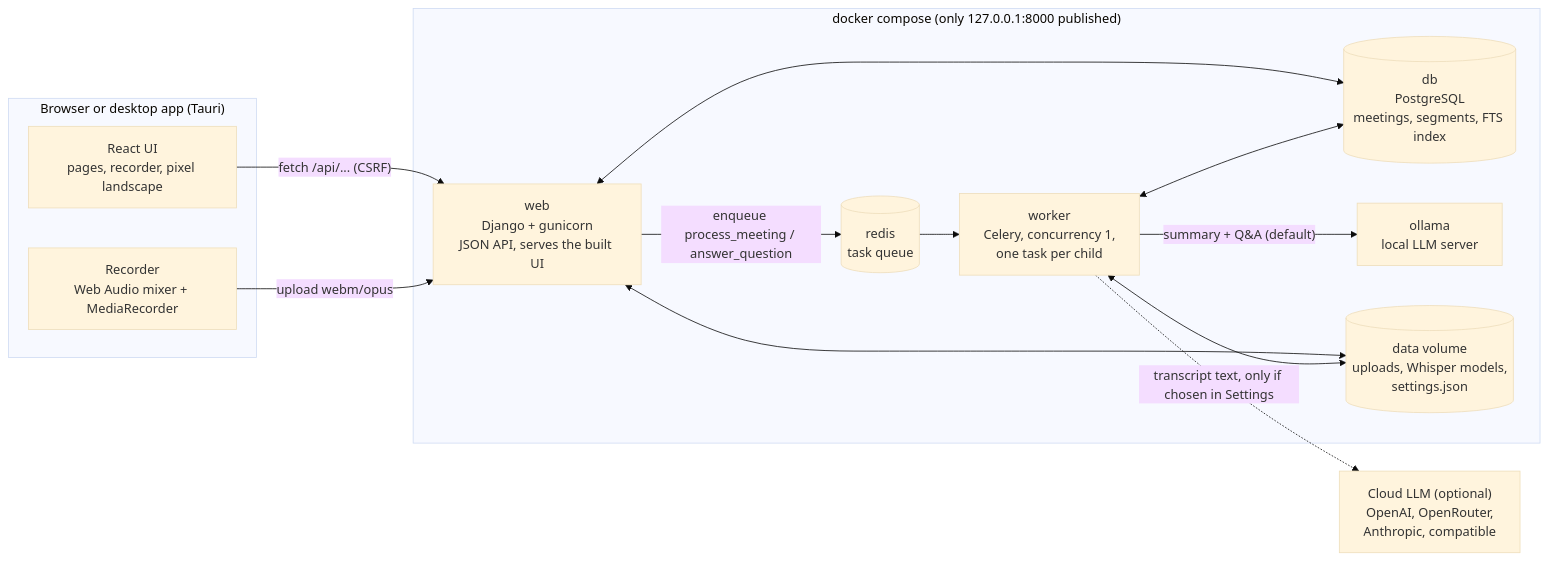
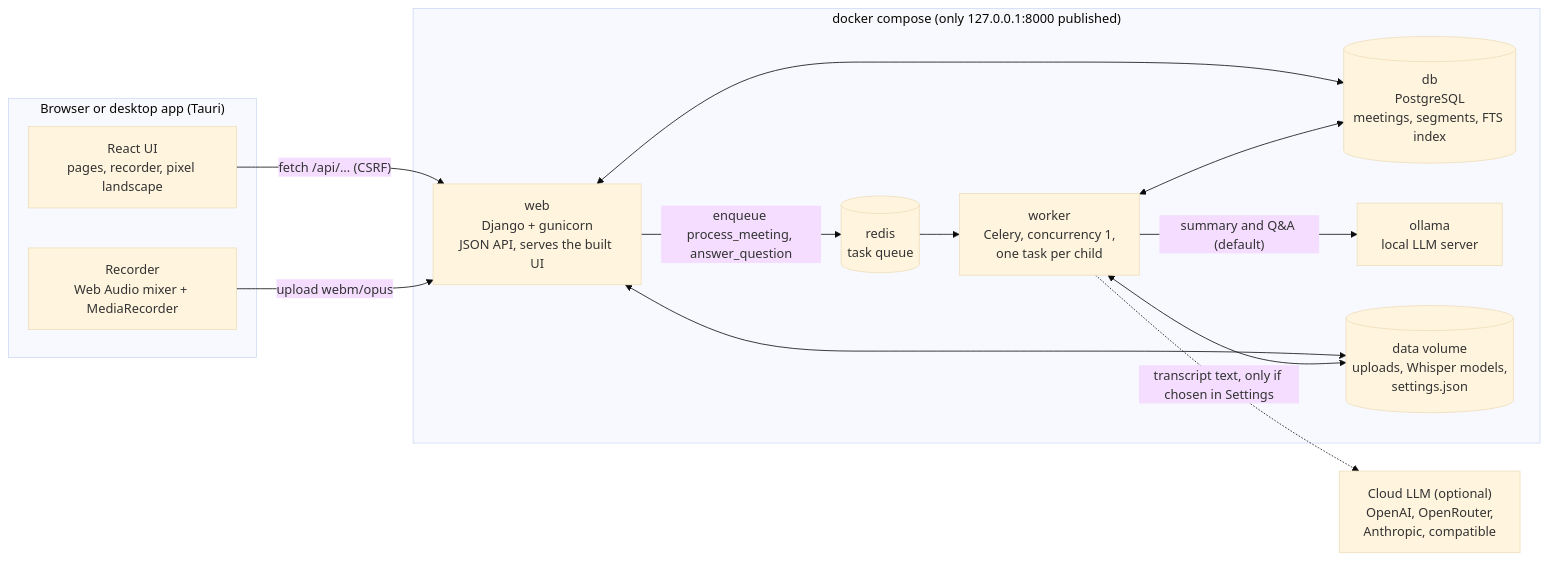
The first of 3 diagrams in docs/ARCHITECTURE.md (kashish1809/PrivMeet), drawn with Mermaid (base theme) before and after one commit. The commit also changed other lines of this file, not shown here.

````diff
--- a/docs/ARCHITECTURE.md
+++ b/docs/ARCHITECTURE.md
@@ -11,29 +11,29 @@
 ```mermaid
 flowchart LR
   subgraph Client["Browser or desktop app (Tauri)"]
     UI["React UI<br/>pages, recorder, pixel landscape"]
     REC["Recorder<br/>Web Audio mixer + MediaRecorder"]
   end
 
   subgraph Stack["docker compose (only 127.0.0.1:8000 published)"]
     WEB["web<br/>Django + gunicorn<br/>JSON API, serves the built UI"]
     WORKER["worker<br/>Celery, concurrency 1,<br/>one task per child"]
     REDIS[("redis<br/>task queue")]
     DB[("db<br/>PostgreSQL<br/>meetings, segments, FTS index")]
     OLLAMA["ollama<br/>local LLM server"]
     VOL[("data volume<br/>uploads, Whisper models,<br/>settings.json")]
   end
 
   CLOUD["Cloud LLM (optional)<br/>OpenAI, OpenRouter,<br/>Anthropic, compatible"]
 
-  UI -- "fetch /api/... (CSRF)" --> WEB
-  REC -- "upload webm/opus" --> WEB
-  WEB -- "enqueue process_meeting / answer_question" --> REDIS
+  UI -->|"fetch /api/... (CSRF)"| WEB
+  REC -->|"upload webm/opus"| WEB
+  WEB -->|"enqueue process_meeting, answer_question"| REDIS
   REDIS --> WORKER
   WEB <--> DB
   WORKER <--> DB
   WEB <--> VOL
   WORKER <--> VOL
-  WORKER -- "summary + Q&A (default)" --> OLLAMA
-  WORKER -. "transcript text, only if chosen in Settings" .-> CLOUD
+  WORKER -->|"summary and Q&A (default)"| OLLAMA
+  WORKER -.->|"transcript text, only if chosen in Settings"| CLOUD
 ```
````
